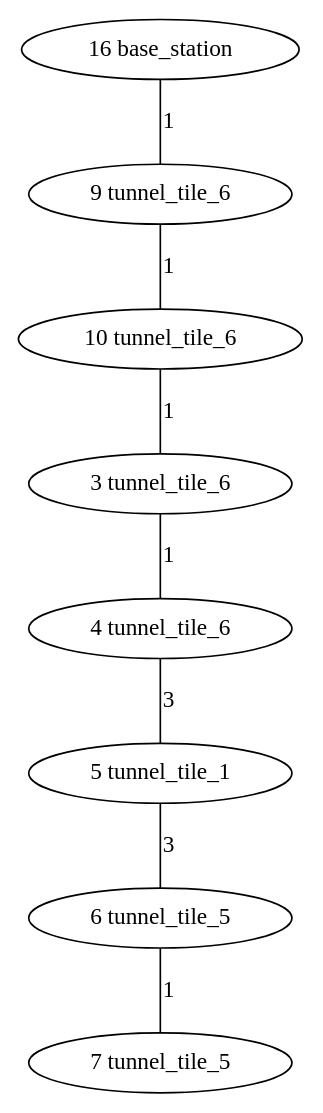
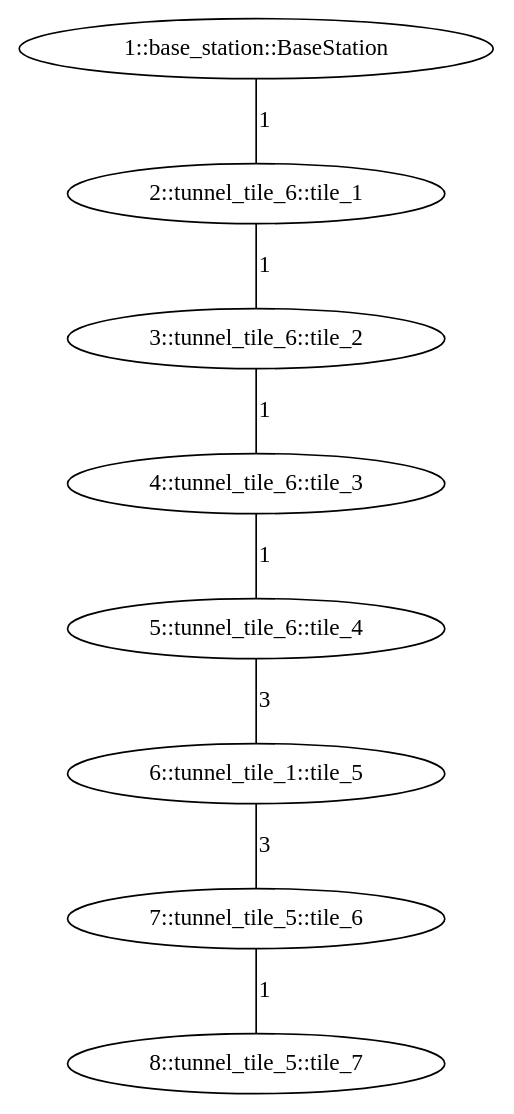
Before and after one commit to osrf/subt: the diagram in subt_gazebo/worlds/tunnel_mini.dot, drawn with Graphviz. The commit also changed 10 other files, not shown here.

```diff
--- a/subt_gazebo/worlds/tunnel_mini.dot
+++ b/subt_gazebo/worlds/tunnel_mini.dot
@@ -1,51 +1,51 @@
 
 /* Visibility graph for tunnel_practice_1.world */
 
 /* SubT tunnel parameters   */
 /* <ATTRIBUTE> min_x -10.0  */
 /* <ATTRIBUTE> max_x 150.0  */
 /* <ATTRIBUTE> step_x 20.0  */
 /* <ATTRIBUTE> min_y -10.0 */
 /* <ATTRIBUTE> max_y 10.0  */
 /* <ATTRIBUTE> step_y 20.0  */
 /* <ATTRIBUTE> min_z -22.5  */
 /* <ATTRIBUTE> max_z  2.5   */
 /* <ATTRIBUTE> step_z 10     */
 
 graph {
   /* Vertices */
 
   /* Base station */
   /* (-8,0,0) */
-  16 [label="16 base_station"];
+  1 [label="1::base_station::BaseStation"];
   
   /* (20,0,-5) */
-  9 [label="9 tunnel_tile_6"];
+  2 [label="2::tunnel_tile_6::tile_1"];
   /* ((40,0,-10) */
-  10 [label="10 tunnel_tile_6"];
+  3 [label="3::tunnel_tile_6::tile_2"];
   /* (60,0,-15) */
-  3 [label="3 tunnel_tile_6"];
+  4 [label="4::tunnel_tile_6::tile_3"];
   /* (80,0,-20) */
-  4 [label="4 tunnel_tile_6"];
+  5 [label="5::tunnel_tile_6::tile_4"];
   /* (100,0,-20) */
-  5 [label="5 tunnel_tile_1"];
+  6 [label="6::tunnel_tile_1::tile_5"];
   /* (120,0,-20) */
-  6 [label="6 tunnel_tile_5"];
+  7 [label="7::tunnel_tile_5::tile_6"];
   /* (140,0,-20) */
-  7 [label="7 tunnel_tile_5"];
+  8 [label="8::tunnel_tile_5::tile_7"];
  
   /* Edges */
 
   /* Base station */
-  16 -- 9  [label=1]
+  1 -- 2  [label=1]
 
-  9  -- 10 [label=1];
-  10 -- 3  [label=1];
-  3  -- 4  [label=1];
-  4  -- 5  [label=3];
+  2 -- 3  [label=1];
+  3 -- 4  [label=1];
+  4 -- 5  [label=1];
+  5 -- 6  [label=3];
   
   /* Intersection */
-  5  -- 6  [label=3];
+  6 -- 7  [label=3];
      
-  6  -- 7  [label=1];
+  7 -- 8  [label=1];
 }
```
